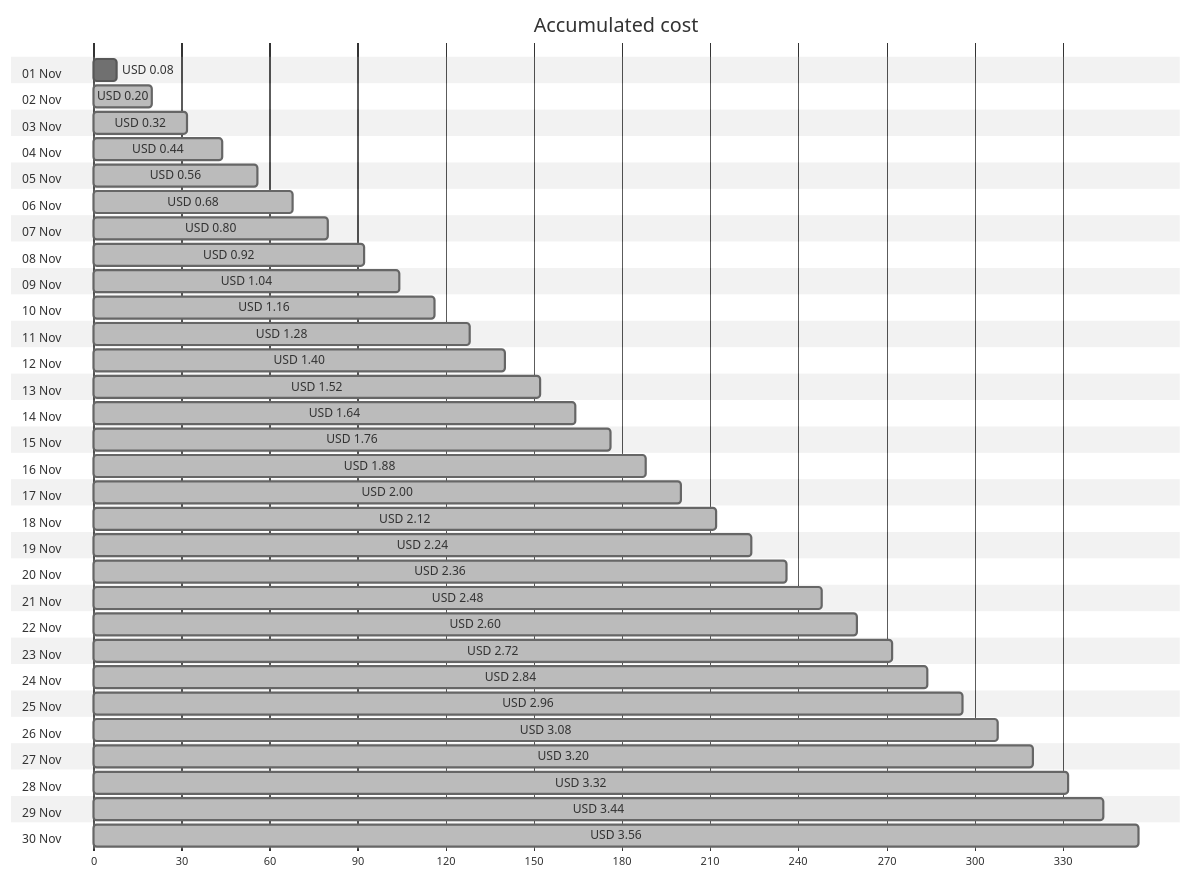
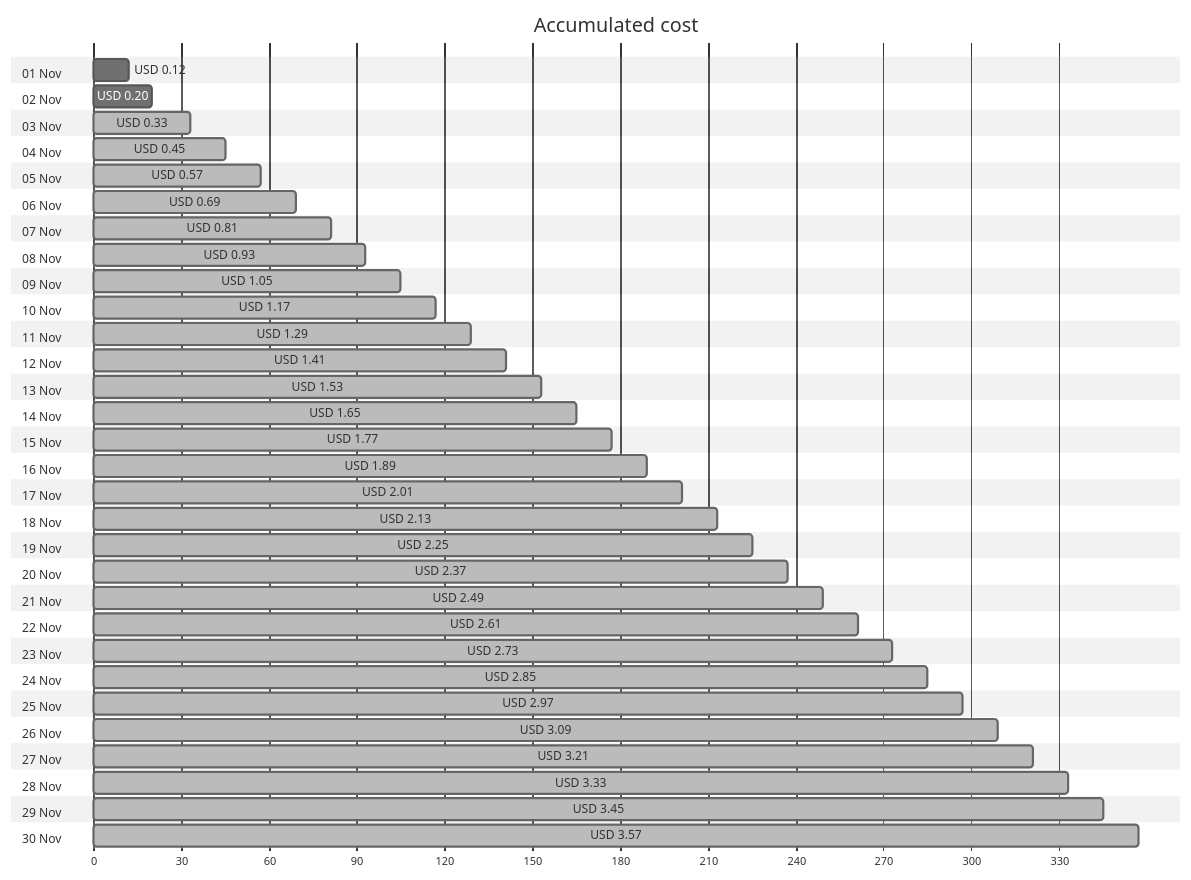
One commit to jpfulton/azure-personal-reports changed the first of 4 diagrams in cost-reports/personal-network/backup-server-public-ip.md. Above: the diagram before and after it, drawn with Mermaid (neutral theme). The commit also changed other lines of this file and 8 other files, not shown here.

````diff
--- a/cost-reports/personal-network/backup-server-public-ip.md
+++ b/cost-reports/personal-network/backup-server-public-ip.md
@@ -20,66 +20,66 @@
 ```mermaid
 gantt
    title Accumulated cost
    dateFormat  X
    axisFormat %s
    section 01 Nov
-   USD 0.08 :0, 8
+   USD 0.12 :0, 12
    section 02 Nov
-   USD 0.20 : done, 0, 20
+   USD 0.20 :0, 20
    section 03 Nov
-   USD 0.32 : done, 0, 32
+   USD 0.33 : done, 0, 33
    section 04 Nov
-   USD 0.44 : done, 0, 44
+   USD 0.45 : done, 0, 45
    section 05 Nov
-   USD 0.56 : done, 0, 56
+   USD 0.57 : done, 0, 57
    section 06 Nov
-   USD 0.68 : done, 0, 68
+   USD 0.69 : done, 0, 69
    section 07 Nov
-   USD 0.80 : done, 0, 80
+   USD 0.81 : done, 0, 81
    section 08 Nov
-   USD 0.92 : done, 0, 92
+   USD 0.93 : done, 0, 93
    section 09 Nov
-   USD 1.04 : done, 0, 104
+   USD 1.05 : done, 0, 105
    section 10 Nov
-   USD 1.16 : done, 0, 116
+   USD 1.17 : done, 0, 117
    section 11 Nov
-   USD 1.28 : done, 0, 128
+   USD 1.29 : done, 0, 129
    section 12 Nov
-   USD 1.40 : done, 0, 140
+   USD 1.41 : done, 0, 141
    section 13 Nov
-   USD 1.52 : done, 0, 152
+   USD 1.53 : done, 0, 153
    section 14 Nov
-   USD 1.64 : done, 0, 164
+   USD 1.65 : done, 0, 165
    section 15 Nov
-   USD 1.76 : done, 0, 176
+   USD 1.77 : done, 0, 177
    section 16 Nov
-   USD 1.88 : done, 0, 188
+   USD 1.89 : done, 0, 189
    section 17 Nov
-   USD 2.00 : done, 0, 200
+   USD 2.01 : done, 0, 201
    section 18 Nov
-   USD 2.12 : done, 0, 212
+   USD 2.13 : done, 0, 213
    section 19 Nov
-   USD 2.24 : done, 0, 224
+   USD 2.25 : done, 0, 225
    section 20 Nov
-   USD 2.36 : done, 0, 236
+   USD 2.37 : done, 0, 237
    section 21 Nov
-   USD 2.48 : done, 0, 248
+   USD 2.49 : done, 0, 249
    section 22 Nov
-   USD 2.60 : done, 0, 260
+   USD 2.61 : done, 0, 261
    section 23 Nov
-   USD 2.72 : done, 0, 272
+   USD 2.73 : done, 0, 273
    section 24 Nov
-   USD 2.84 : done, 0, 284
+   USD 2.85 : done, 0, 285
    section 25 Nov
-   USD 2.96 : done, 0, 296
+   USD 2.97 : done, 0, 297
    section 26 Nov
-   USD 3.08 : done, 0, 308
+   USD 3.09 : done, 0, 309
    section 27 Nov
-   USD 3.20 : done, 0, 320
+   USD 3.21 : done, 0, 321
    section 28 Nov
-   USD 3.32 : done, 0, 332
+   USD 3.33 : done, 0, 333
    section 29 Nov
-   USD 3.44 : done, 0, 344
+   USD 3.45 : done, 0, 345
    section 30 Nov
-   USD 3.56 : done, 0, 356
+   USD 3.57 : done, 0, 357
 ```
````
